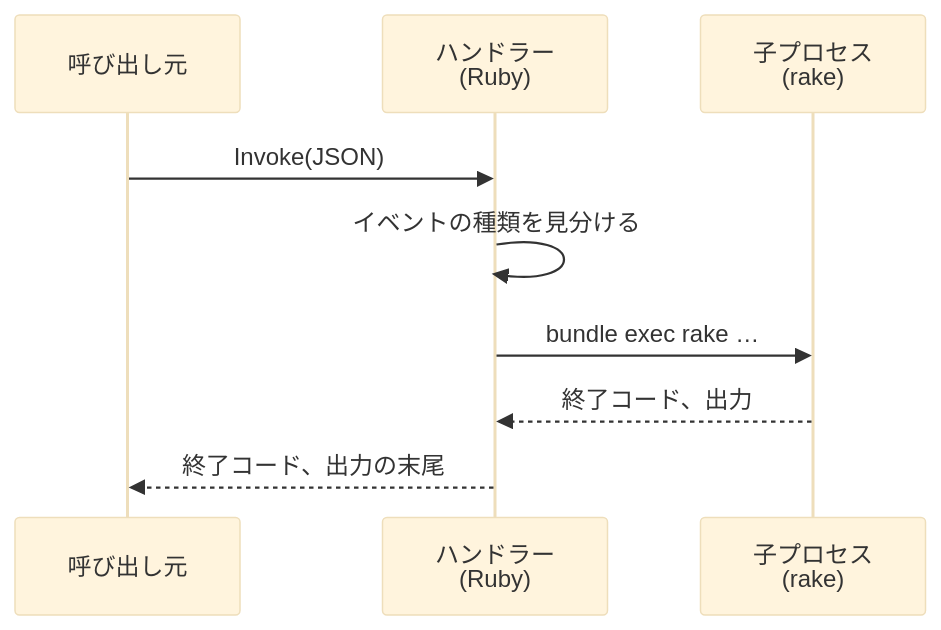
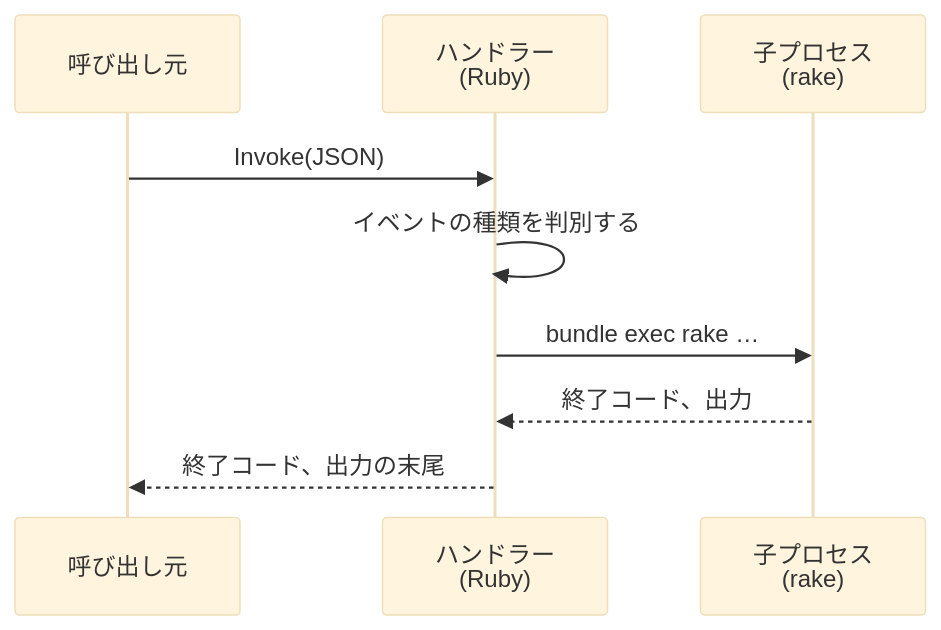
One commit to redmine-kit/serverless changed the diagram in docs/ja/tasks.md. Above: the diagram before and after it, drawn with Mermaid (base theme). The commit also changed other lines of this file and 19 other files, not shown here.

````diff
--- a/docs/ja/tasks.md
+++ b/docs/ja/tasks.md
@@ -54,11 +54,11 @@
 ```mermaid
 sequenceDiagram
   participant C as 呼び出し元
   participant H as ハンドラー<br>(Ruby)
   participant P as 子プロセス<br>(rake)
   C->>H: Invoke(JSON)
-  H->>H: イベントの種類を見分ける
+  H->>H: イベントの種類を判別する
   H->>P: bundle exec rake …
   P-->>H: 終了コード、出力
   H-->>C: 終了コード、出力の末尾
 ```
````
